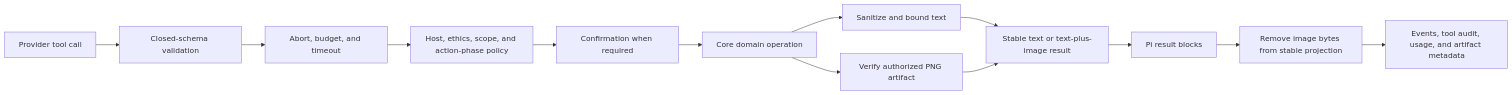
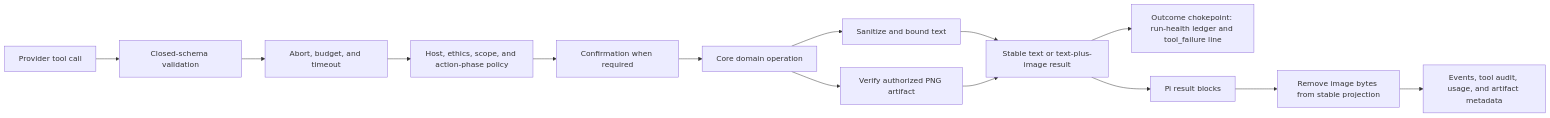
Diagram 11 of 20 in docs/architecture.md (abranjith/yantra), drawn with Mermaid before and after one commit. The commit also changed other lines of this file and 101 other files, not shown here.

````diff
--- a/docs/architecture.md
+++ b/docs/architecture.md
@@ -1069,15 +1069,16 @@
 ```mermaid
 flowchart LR
   Call[Provider tool call] --> Validate[Closed-schema validation]
   Validate --> Budget[Abort, budget, and timeout]
   Budget --> Policy[Host, ethics, scope, and action-phase policy]
   Policy --> Consent[Confirmation when required]
   Consent --> Domain[Core domain operation]
   Domain --> Sanitize[Sanitize and bound text]
   Domain --> ImageGate[Verify authorized PNG artifact]
   Sanitize --> Result[Stable text or text-plus-image result]
   ImageGate --> Result
+  Result --> Outcome[Outcome chokepoint: run-health ledger and tool_failure line]
   Result --> Provider[Pi result blocks]
   Provider --> AuditProjection[Remove image bytes from stable projection]
   AuditProjection --> Audit[Events, tool audit, usage, and artifact metadata]
 ```
````
